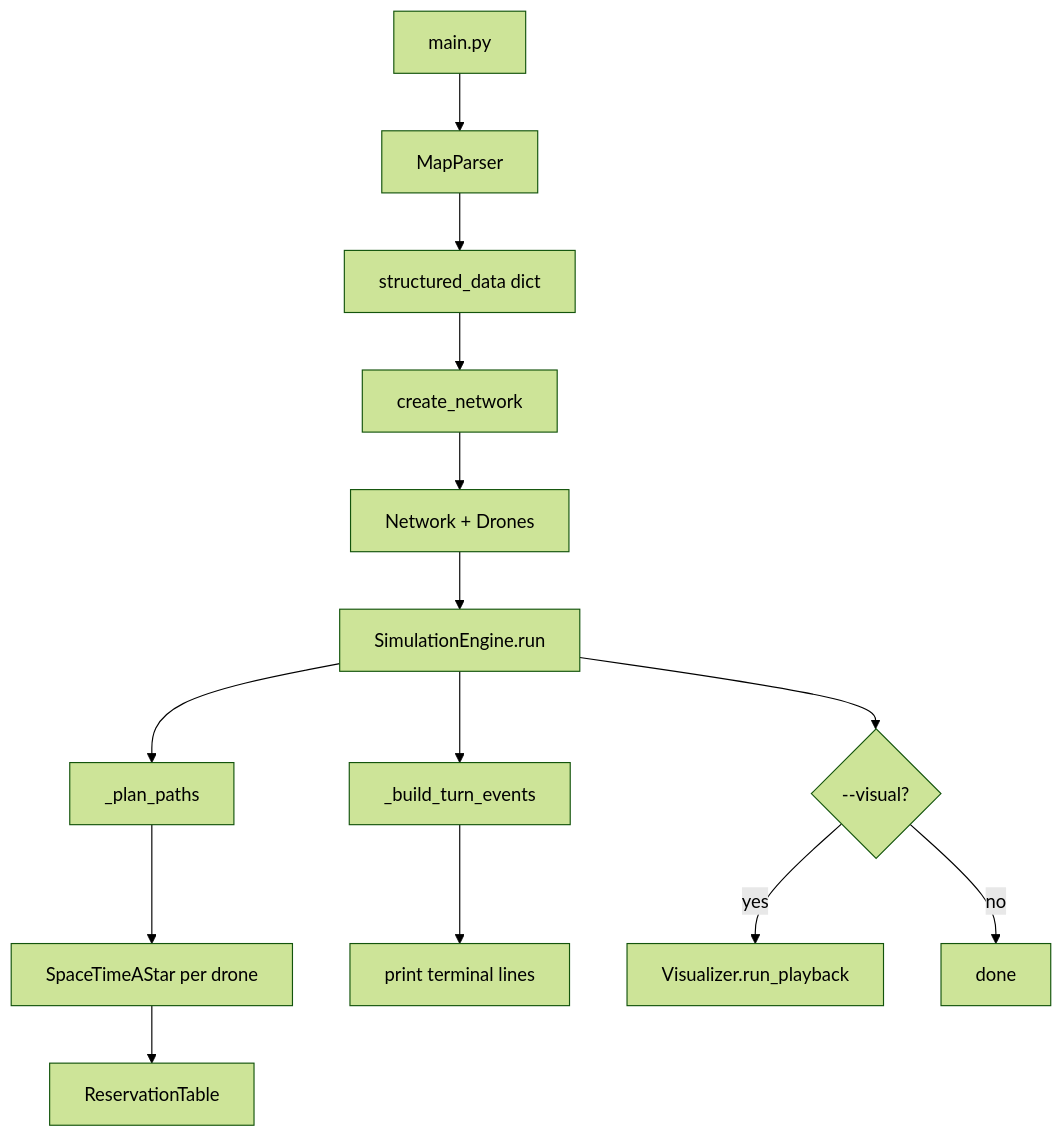
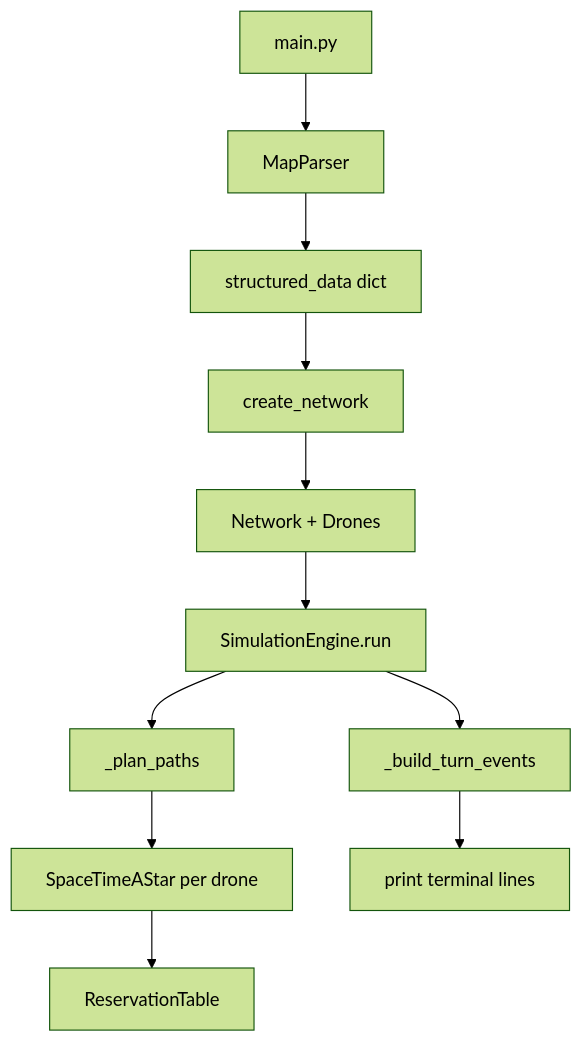
One commit to fathe4wiin/Fly-in changed the diagram in how_it_works.md. Above: the diagram before and after it, drawn with Mermaid (forest theme). The commit also changed other lines of this file and 45 other files, not shown here.

````diff
--- a/how_it_works.md
+++ b/how_it_works.md
@@ -20,16 +19,13 @@
 ```mermaid
 flowchart TD
     A[main.py] --> B[MapParser]
     B --> C[structured_data dict]
     C --> D[create_network]
     D --> E[Network + Drones]
     E --> F[SimulationEngine.run]
     F --> G[_plan_paths]
     G --> H[SpaceTimeAStar per drone]
     H --> I[ReservationTable]
     F --> J[_build_turn_events]
     J --> K[print terminal lines]
-    F --> L{--visual?}
-    L -->|yes| M[Visualizer.run_playback]
-    L -->|no| N[done]
 ```
````
